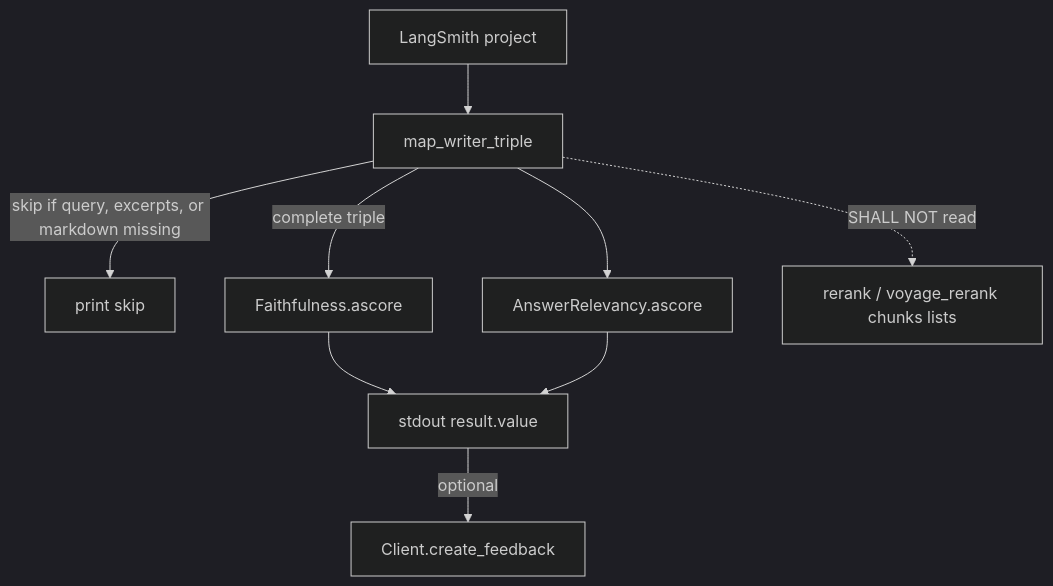
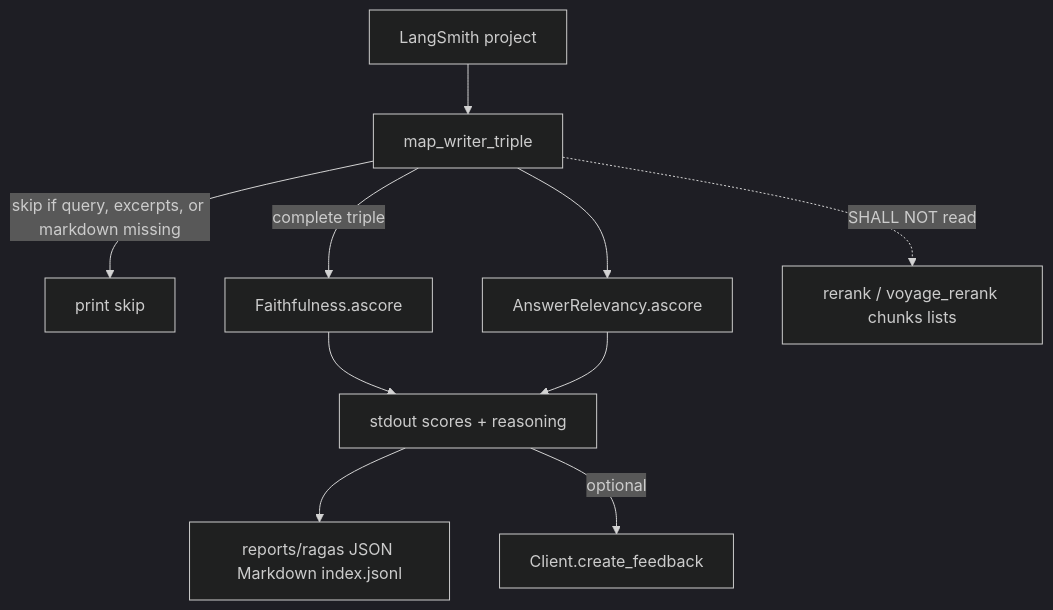
Before and after one commit to guilhermelr291/arXiv-researcher: the third of 3 diagrams in .specs/features/writer-stream-ragas/design.md, drawn with Mermaid (dark theme). The commit also changed other lines of this file and 10 other files, not shown here.

First line of the commit message:
feat(report): enhance RAGAS Writer report script to persist reasoning and save outputs

````diff
--- a/.specs/features/writer-stream-ragas/design.md
+++ b/.specs/features/writer-stream-ragas/design.md
@@ -65,11 +65,12 @@
 ```mermaid
 flowchart TB
   LS[LangSmith project] --> Map[map_writer_triple]
   Map -->|skip if query, excerpts, or markdown missing| Skip[print skip]
   Map -->|complete triple| F[Faithfulness.ascore]
   Map --> A[AnswerRelevancy.ascore]
-  F --> Out[stdout result.value]
+  F --> Out[stdout scores + reasoning]
   A --> Out
+  Out --> Files[reports/ragas JSON Markdown index.jsonl]
   Out -->|optional| FB[Client.create_feedback]
   Map -.->|SHALL NOT read| RR[rerank / voyage_rerank chunks lists]
 ```
````
